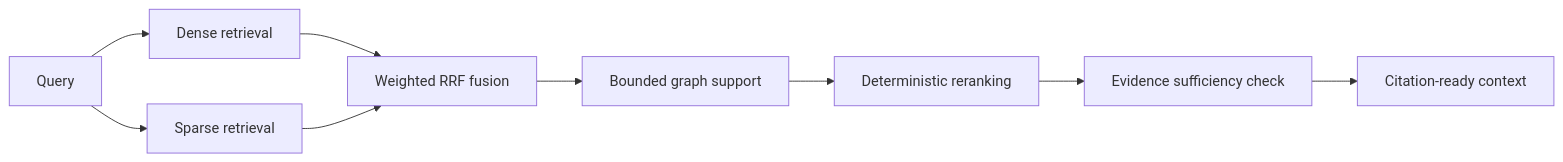
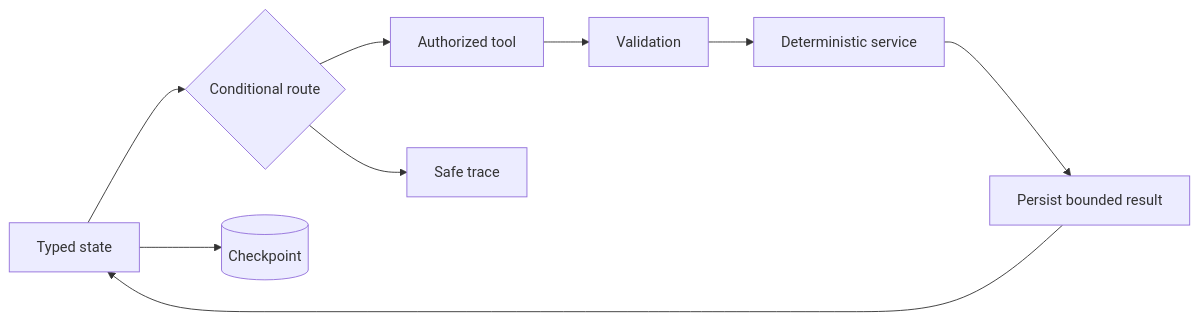
One commit to Dhruvg334/Tessarion changed the third of 4 diagrams in README.md. Above: the diagram before and after it, drawn with Mermaid. The commit also changed other lines of this file and 21 other files, not shown here.

````diff
--- a/README.md
+++ b/README.md
@@ -175,11 +152,11 @@
 ```mermaid
 flowchart LR
-    Q[Query] --> D[Dense retrieval]
-    Q --> S[Sparse retrieval]
-    D --> F[Weighted RRF fusion]
-    S --> F
-    F --> G[Bounded graph support]
-    G --> R[Deterministic reranking]
-    R --> E[Evidence sufficiency check]
-    E --> C[Citation-ready context]
+    A[Typed state] --> B{Conditional route}
+    B --> C[Authorized tool]
+    C --> D[Validation]
+    D --> E[Deterministic service]
+    E --> F[Persist bounded result]
+    F --> A
+    A --> G[(Checkpoint)]
+    B --> H[Safe trace]
 ```
````
